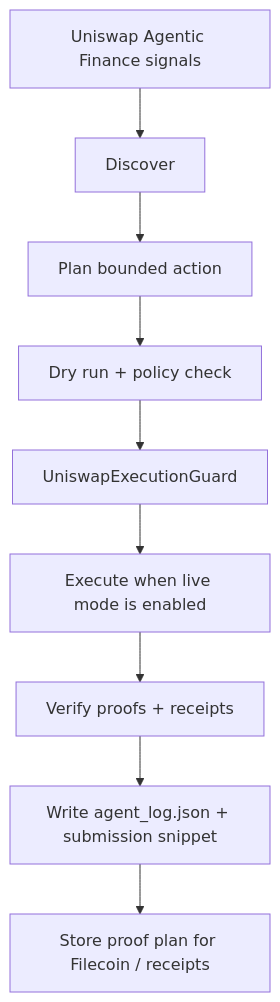
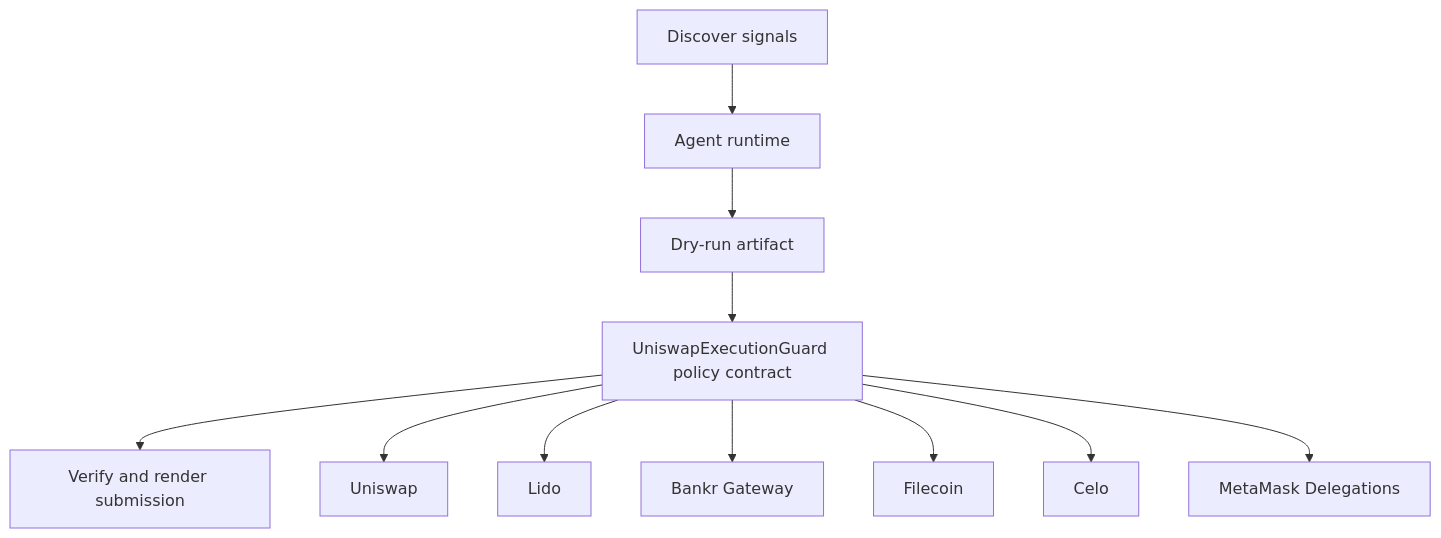
One commit to CrystallineButterfly/Synthesis-Uniswap-AgenticFinance changed the diagram in docs/architecture.mmd. Above: the diagram before and after it, drawn with Mermaid. The commit also changed 998 other files, not shown here.

Commit message:
Implement bounded agent runtime

```diff
--- a/docs/architecture.mmd
+++ b/docs/architecture.mmd
@@ -1,9 +1,13 @@
 flowchart TD
-    Signals[Uniswap Agentic Finance signals] --> Discover[Discover]
-    Discover --> Plan[Plan bounded action]
-    Plan --> DryRun[Dry run + policy check]
-    DryRun --> Guard[UniswapExecutionGuard]
-    Guard --> Execute[Execute when live mode is enabled]
-    Execute --> Verify[Verify proofs + receipts]
-    Verify --> Persist[Write agent_log.json + submission snippet]
-    Persist --> Storage[Store proof plan for Filecoin / receipts]
+    Signals[Discover signals]
+    Planner[Agent runtime]
+    DryRun[Dry-run artifact]
+    Contract[UniswapExecutionGuard policy contract]
+    Verify[Verify and render submission]
+    Signals --> Planner --> DryRun --> Contract --> Verify
+    Contract --> uniswap[Uniswap]
+    Contract --> lido[Lido]
+    Contract --> bankr_gateway[Bankr Gateway]
+    Contract --> filecoin[Filecoin]
+    Contract --> celo[Celo]
+    Contract --> metamask_delegations[MetaMask Delegations]
```
